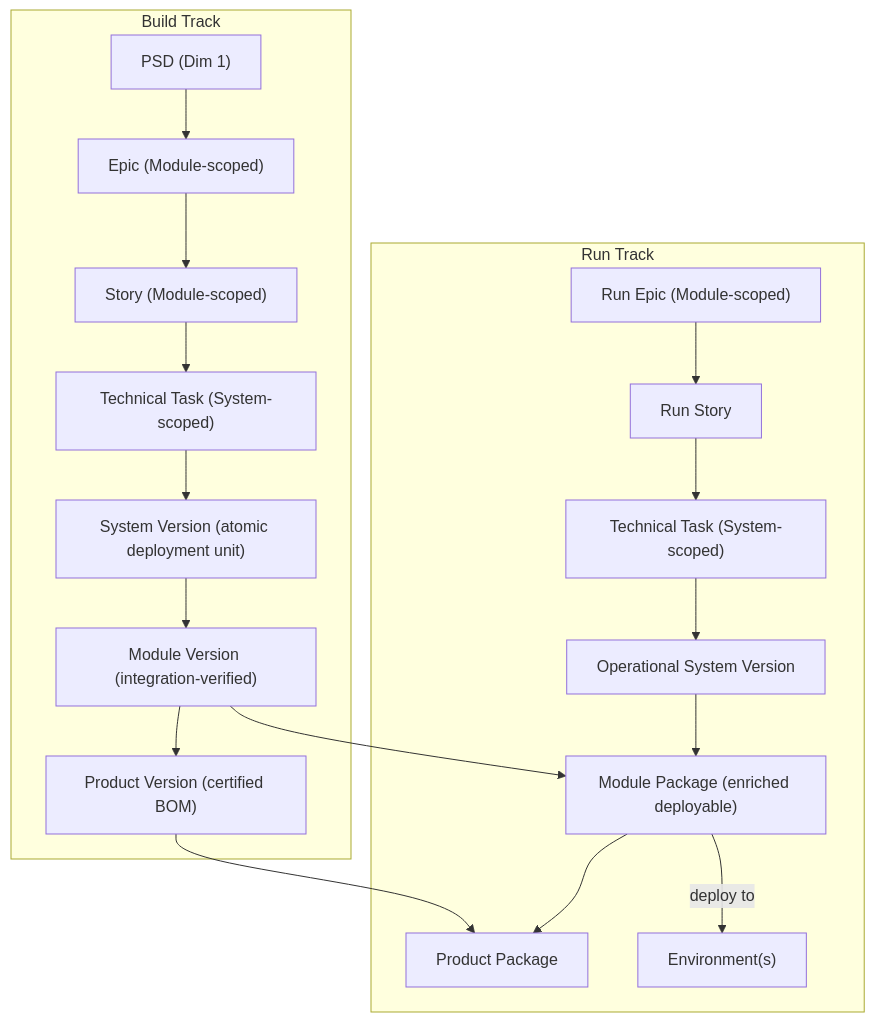
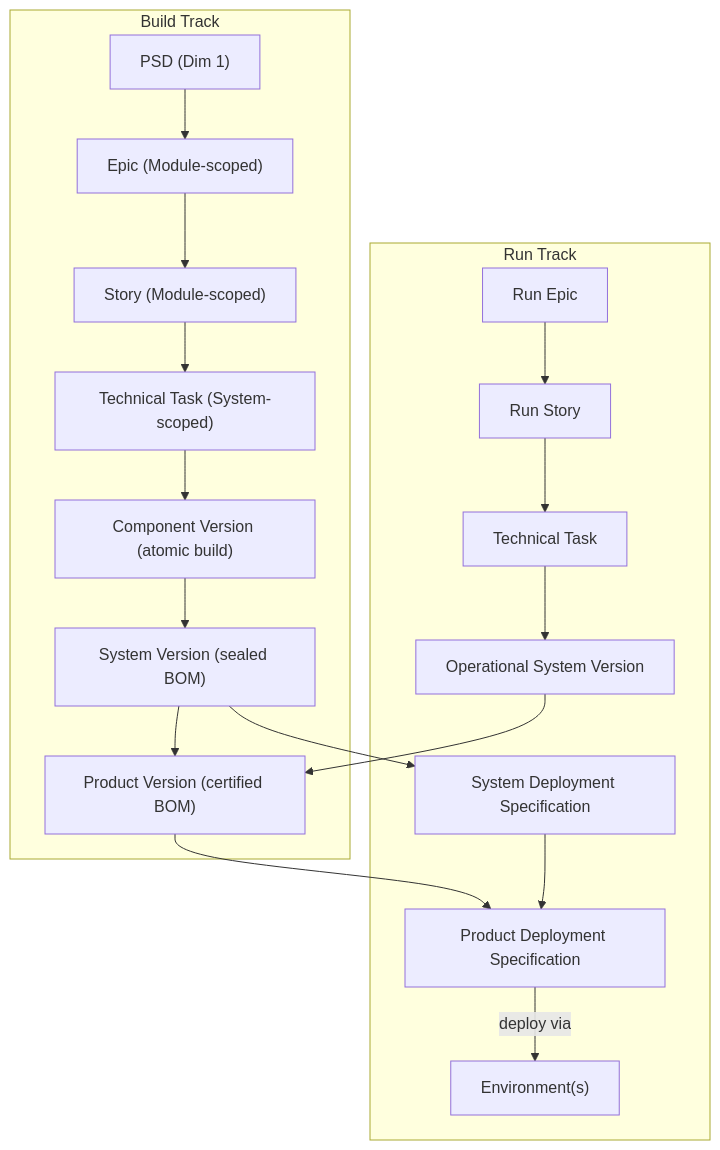
Before and after one commit to gramki/temp-website: the first of 7 diagrams in foundry/product-information-model/draft-diagrams.md, drawn with Mermaid. The commit also changed other lines of this file and 13 other files, not shown here.

````diff
--- a/foundry/product-information-model/draft-diagrams.md
+++ b/foundry/product-information-model/draft-diagrams.md
@@ -27,21 +29,21 @@
 ```mermaid
 flowchart TD
     subgraph BuildTrack [Build Track]
         PSD["PSD (Dim 1)"] --> Epic["Epic (Module-scoped)"]
         Epic --> Story["Story (Module-scoped)"]
         Story --> TechTask["Technical Task (System-scoped)"]
-        TechTask --> SysVer["System Version (atomic deployment unit)"]
-        SysVer --> ModVer["Module Version (integration-verified)"]
-        ModVer --> ProdVer["Product Version (certified BOM)"]
+        TechTask --> CompVer["Component Version (atomic build)"]
+        CompVer --> SysVer["System Version (sealed BOM)"]
+        SysVer --> ProdVer["Product Version (certified BOM)"]
     end
     subgraph RunTrack [Run Track]
-        RunEpic["Run Epic (Module-scoped)"] --> RunStory["Run Story"]
-        RunStory --> RunTask["Technical Task (System-scoped)"]
+        RunEpic["Run Epic"] --> RunStory["Run Story"]
+        RunStory --> RunTask["Technical Task"]
         RunTask --> OpsSysVer["Operational System Version"]
-        ModVer --> ModPkg["Module Package (enriched deployable)"]
-        OpsSysVer --> ModPkg
-        ProdVer --> ProdPkg["Product Package"]
-        ModPkg --> ProdPkg
-        ModPkg -->|"deploy to"| Env["Environment(s)"]
+        OpsSysVer --> ProdVer
+        SysVer --> SDS["System Deployment Specification"]
+        ProdVer --> PDS["Product Deployment Specification"]
+        SDS --> PDS
+        PDS -->|"deploy via"| Env["Environment(s)"]
     end
 ```
````
